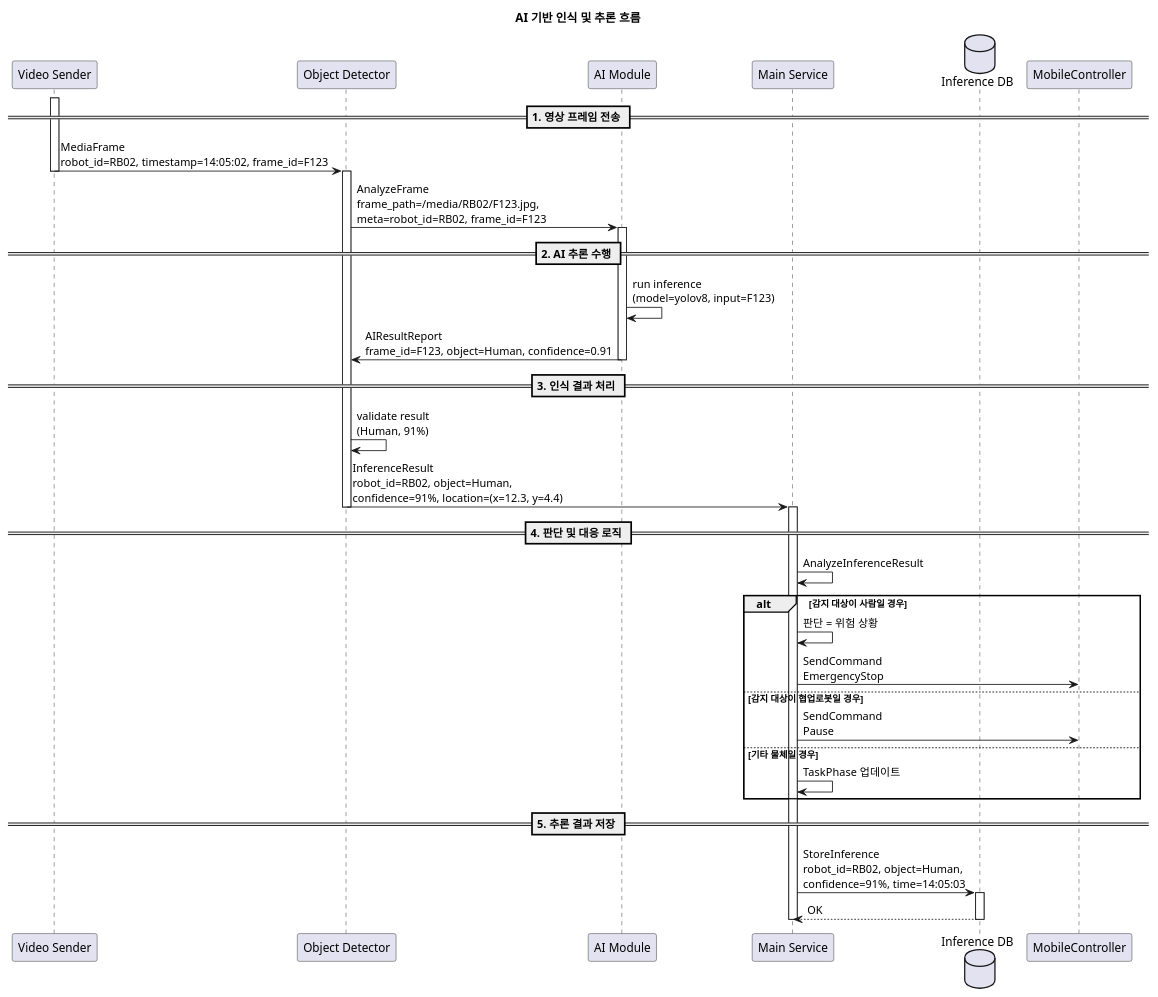
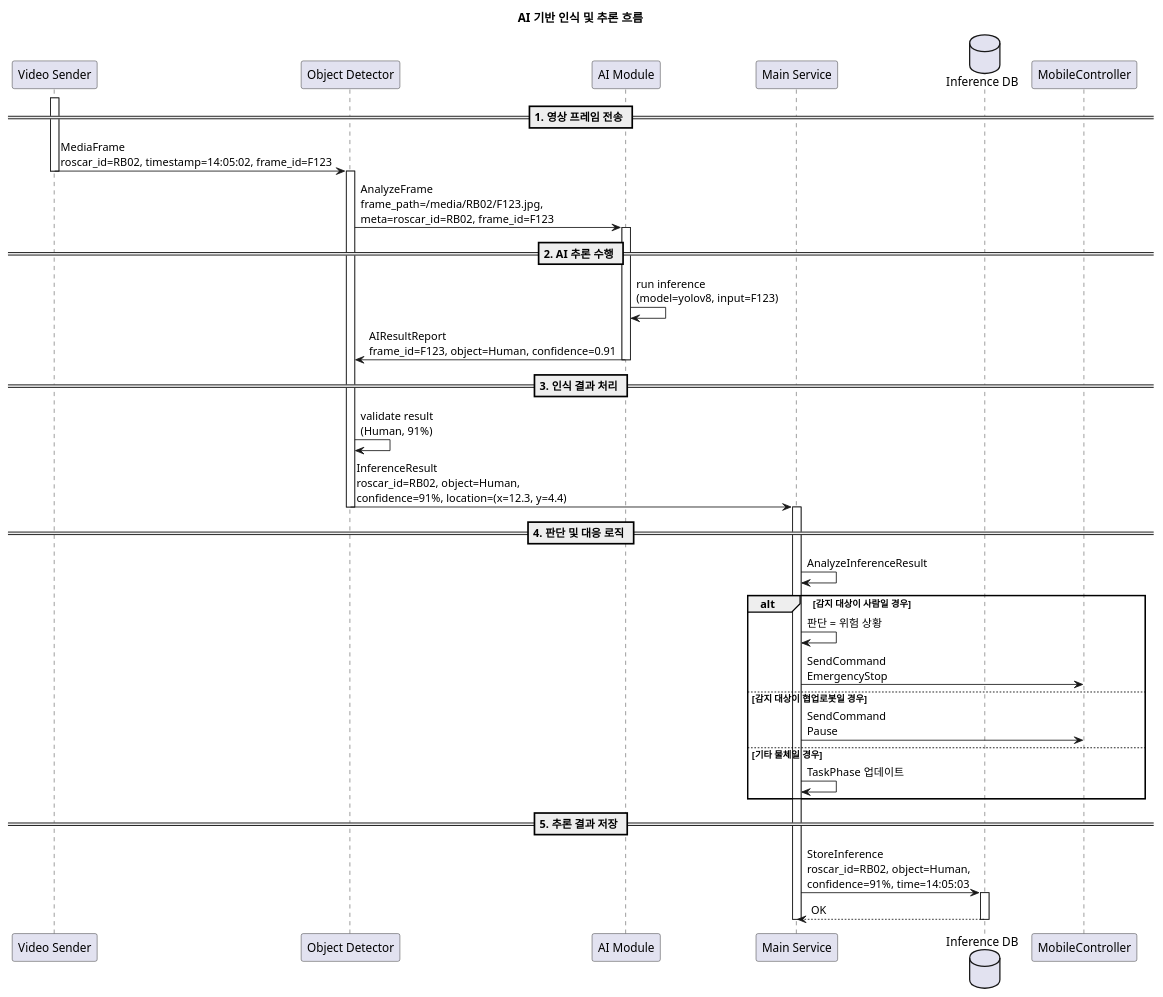
One commit to addinedu-ros-8th/ros-repo-3 changed the seventh of 8 diagrams in docs/sequence_diagram v3.md. Above: the diagram before and after it, drawn with PlantUML. The commit also changed other lines of this file and 108 other files, not shown here.

Commit message:
Fix build and Rename robot to roscar

````diff
--- a/docs/sequence_diagram v3.md
+++ b/docs/sequence_diagram v3.md
@@ -471,58 +471,58 @@
 ```plantuml
 @startuml
 title AI 기반 인식 및 추론 흐름
 
 participant "Video Sender" as Video
 participant "Object Detector" as Detector
 participant "AI Module" as AI
 participant "Main Service" as Main
 database "Inference DB" as DB
 
 == 1. 영상 프레임 전송 ==
 
 activate Video
-Video -> Detector : MediaFrame\nrobot_id=RB02, timestamp=14:05:02, frame_id=F123
+Video -> Detector : MediaFrame\nroscar_id=RB02, timestamp=14:05:02, frame_id=F123
 deactivate Video
 
 activate Detector
-Detector -> AI : AnalyzeFrame\nframe_path=/media/RB02/F123.jpg,\nmeta=robot_id=RB02, frame_id=F123
+Detector -> AI : AnalyzeFrame\nframe_path=/media/RB02/F123.jpg,\nmeta=roscar_id=RB02, frame_id=F123
 activate AI
 
 == 2. AI 추론 수행 ==
 
 AI -> AI : run inference\n(model=yolov8, input=F123)
 AI -> Detector : AIResultReport\nframe_id=F123, object=Human, confidence=0.91
 deactivate AI
 
 == 3. 인식 결과 처리 ==
 
 Detector -> Detector : validate result\n(Human, 91%)
-Detector -> Main : InferenceResult\nrobot_id=RB02, object=Human,\nconfidence=91%, location=(x=12.3, y=4.4)
+Detector -> Main : InferenceResult\nroscar_id=RB02, object=Human,\nconfidence=91%, location=(x=12.3, y=4.4)
 deactivate Detector
 
 activate Main
 
 == 4. 판단 및 대응 로직 ==
 
 Main -> Main : AnalyzeInferenceResult
 
 alt 감지 대상이 사람일 경우
     Main -> Main : 판단 = 위험 상황
     Main -> MobileController : SendCommand\nEmergencyStop
 else 감지 대상이 협업로봇일 경우
     Main -> MobileController : SendCommand\nPause
 else 기타 물체일 경우
     Main -> Main : TaskPhase 업데이트
 end
 
 == 5. 추론 결과 저장 ==
 
-Main -> DB : StoreInference\nrobot_id=RB02, object=Human,\nconfidence=91%, time=14:05:03
+Main -> DB : StoreInference\nroscar_id=RB02, object=Human,\nconfidence=91%, time=14:05:03
 activate DB
 DB --> Main : OK
 deactivate DB
 
 deactivate Main
 
 @enduml
 ```
````
